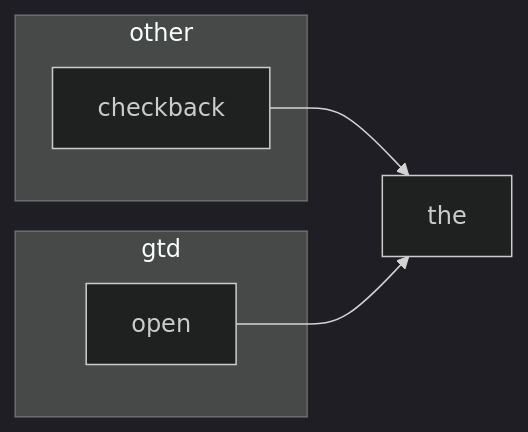
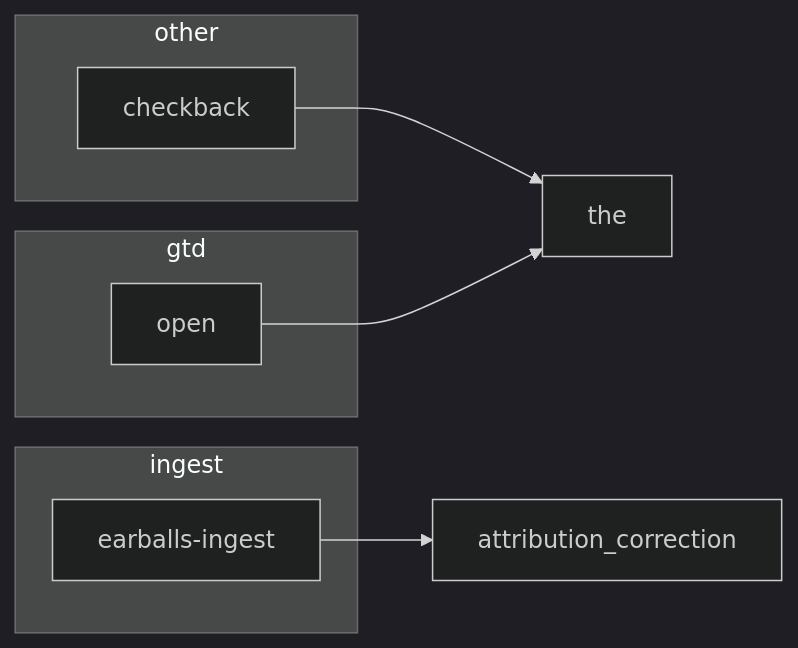
Before and after one commit to gordonium/sancho: the third of 4 diagrams in MAP.md, drawn with Mermaid (dark theme). The commit also changed other lines of this file and 59 other files, not shown here.

````diff
--- a/MAP.md
+++ b/MAP.md
@@ -64,11 +64,15 @@
 ```mermaid
 flowchart LR
   subgraph gtd
     open[open]
   end
+  subgraph ingest
+    earballs_ingest[earballs-ingest]
+  end
   subgraph other
     checkback[checkback]
   end
   checkback --> the
+  earballs_ingest --> attribution_correction
   open --> the
 ```
````
